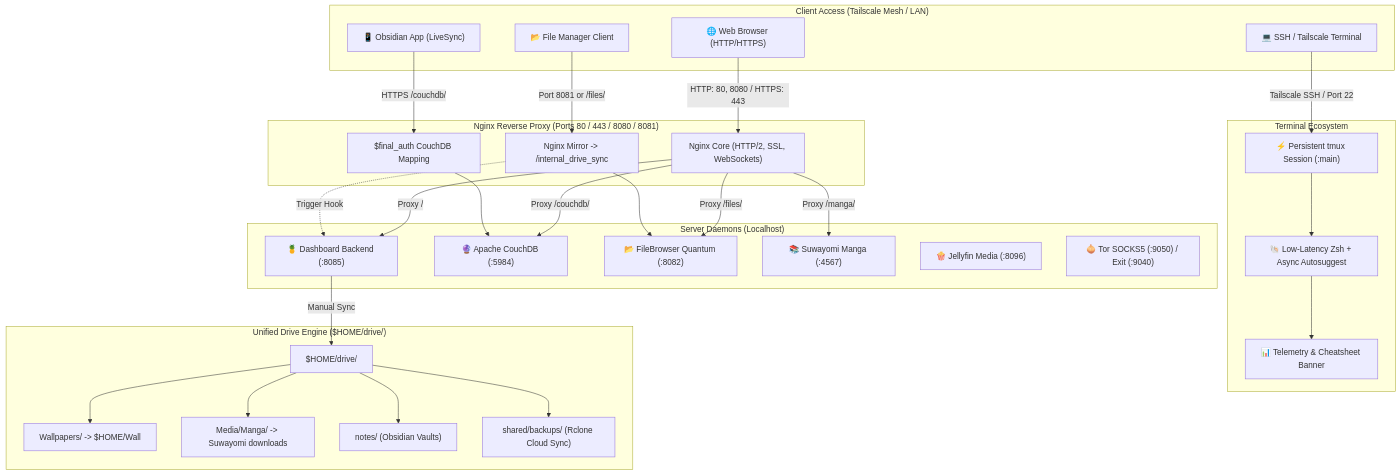
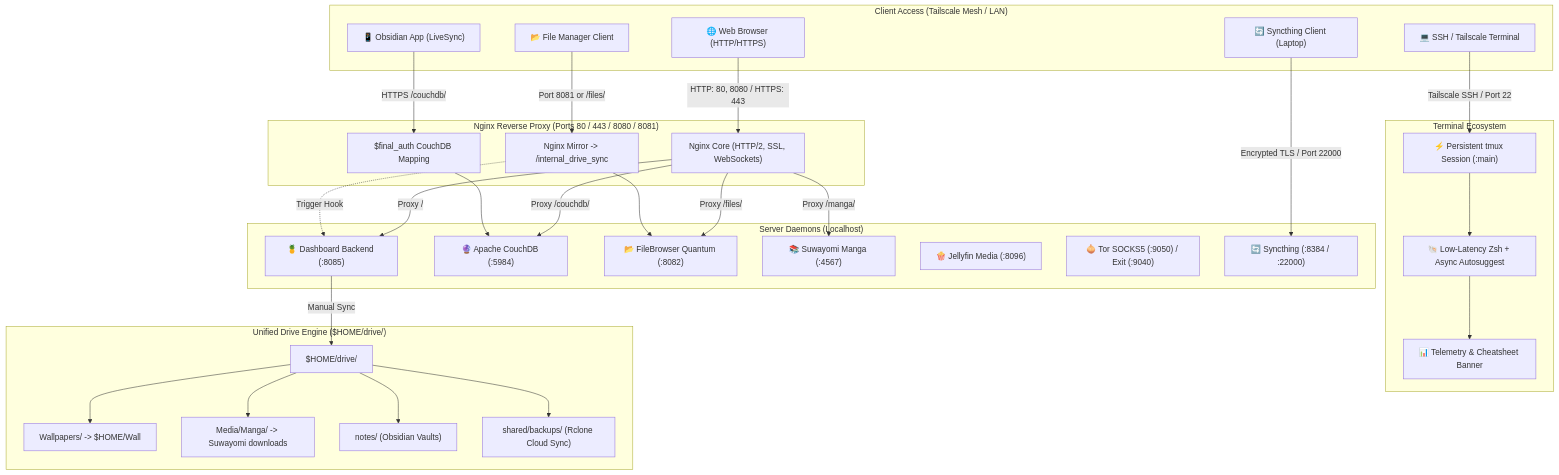
The diagram in README.md (T1n777/Tinarchy), drawn with Mermaid before and after one commit. The commit also changed other lines of this file and 3 other files, not shown here.

Commit message:
feat(syncthing): add syncthing continuous sync service, dashboard tile, and setup guide

````diff
--- a/README.md
+++ b/README.md
@@ -76,56 +82,59 @@
 ```mermaid
 flowchart TD
     subgraph Clients ["Client Access (Tailscale Mesh / LAN)"]
         Browser["🌐 Web Browser (HTTP/HTTPS)"]
         Obsidian["📱 Obsidian App (LiveSync)"]
         FileClient["📂 File Manager Client"]
         SSHClient["💻 SSH / Tailscale Terminal"]
+        SyncClient["🔄 Syncthing Client (Laptop)"]
     end
 
     subgraph NginxProxy ["Nginx Reverse Proxy (Ports 80 / 443 / 8080 / 8081)"]
         Nginx["Nginx Core (HTTP/2, SSL, WebSockets)"]
         AuthMap["$final_auth CouchDB Mapping"]
         SyncMirror["Nginx Mirror -> /internal_drive_sync"]
     end
 
     subgraph TerminalEnv ["Terminal Ecosystem"]
         Tmux["⚡ Persistent tmux Session (:main)"]
         Zsh["🐚 Low-Latency Zsh + Async Autosuggest"]
         Fastfetch["📊 Telemetry & Cheatsheet Banner"]
     end
 
     subgraph Backend ["Server Daemons (Localhost)"]
         Dashboard["🍍 Dashboard Backend (:8085)"]
         CouchDB["🔮 Apache CouchDB (:5984)"]
         FileBrowser["📂 FileBrowser Quantum (:8082)"]
         Suwayomi["📚 Suwayomi Manga (:4567)"]
         Jellyfin["🍿 Jellyfin Media (:8096)"]
         Tor["🧅 Tor SOCKS5 (:9050) / Exit (:9040)"]
+        Syncthing["🔄 Syncthing (:8384 / :22000)"]
     end
 
     subgraph Storage ["Unified Drive Engine ($HOME/drive/)"]
         DriveRoot["$HOME/drive/"]
         Wallpapers["Wallpapers/ -> $HOME/Wall"]
         Manga["Media/Manga/ -> Suwayomi downloads"]
         Notes["notes/ (Obsidian Vaults)"]
         Backups["shared/backups/ (Rclone Cloud Sync)"]
     end
 
     Browser -->|HTTP: 80, 8080 / HTTPS: 443| Nginx
     Obsidian -->|HTTPS /couchdb/| AuthMap --> CouchDB
     FileClient -->|Port 8081 or /files/| SyncMirror --> FileBrowser
     SyncMirror -.->|Trigger Hook| Dashboard
 
     SSHClient -->|Tailscale SSH / Port 22| Tmux --> Zsh --> Fastfetch
+    SyncClient -->|Encrypted TLS / Port 22000| Syncthing
 
     Nginx -->|Proxy /| Dashboard
     Nginx -->|Proxy /files/| FileBrowser
     Nginx -->|Proxy /manga/| Suwayomi
     Nginx -->|Proxy /couchdb/| CouchDB
 
     Dashboard -->|Manual Sync| DriveRoot
     DriveRoot --> Wallpapers
     DriveRoot --> Manga
     DriveRoot --> Notes
     DriveRoot --> Backups
 ```
````
